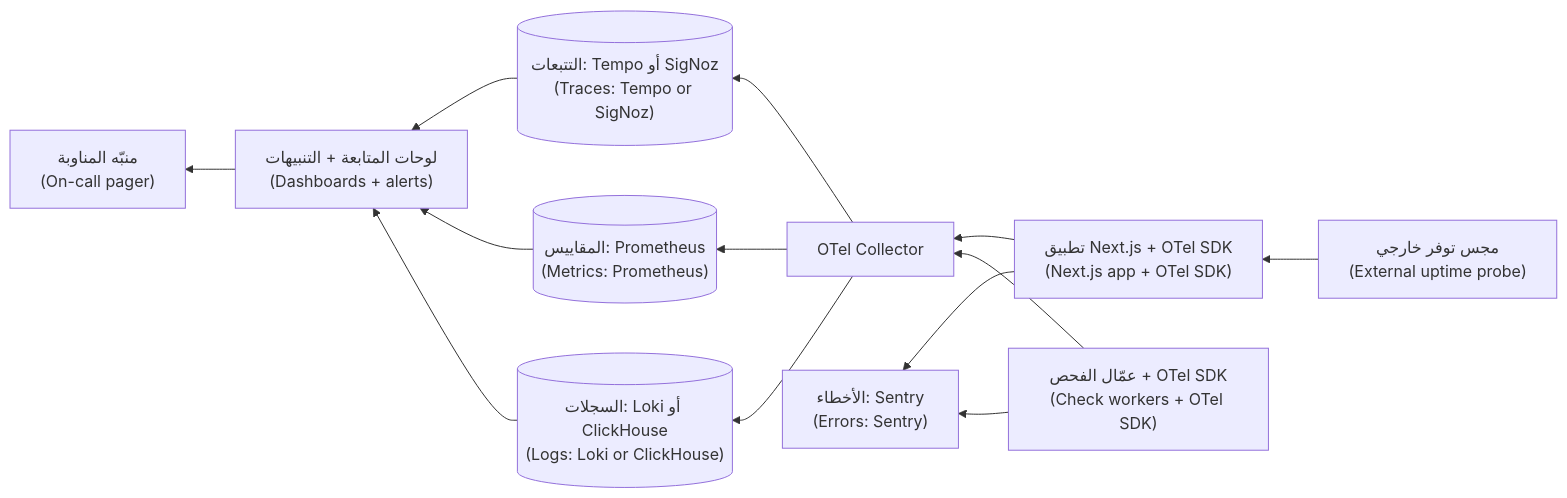
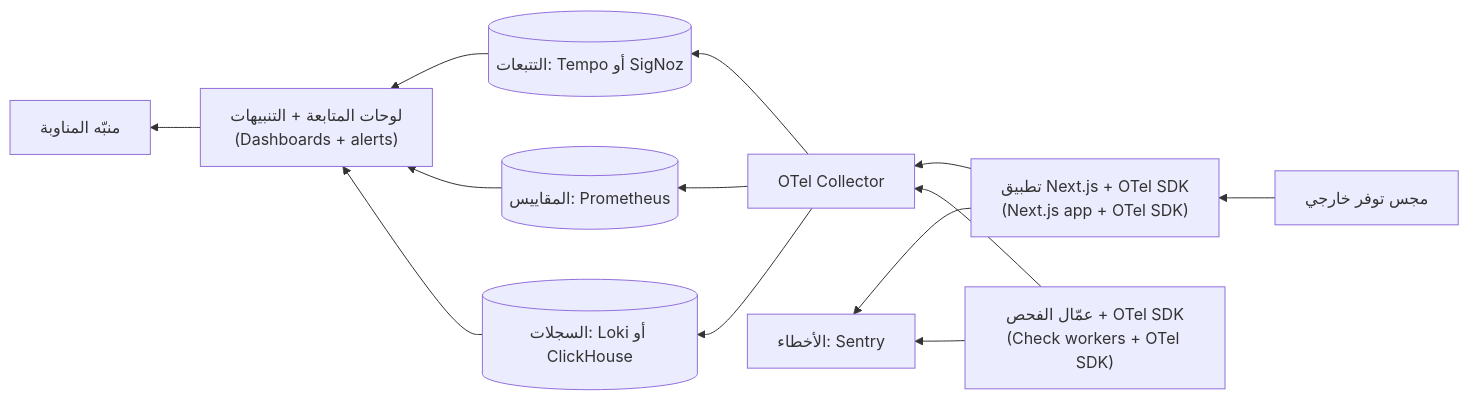
One commit to Tamoura/system-design-for-vibe-coders changed the third of 7 diagrams in saas/modules/07-operations.ar.md. Above: the diagram before and after it, drawn with Mermaid. The commit also changed other lines of this file and 551 other files, not shown here.

````diff
--- a/saas/modules/07-operations.ar.md
+++ b/saas/modules/07-operations.ar.md
@@ -366,15 +366,15 @@
 ```mermaid
 flowchart RL
   Web["تطبيق Next.js + OTel SDK<br/>(Next.js app + OTel SDK)"] --> Col["OTel Collector"]
   Worker["عمّال الفحص + OTel SDK<br/>(Check workers + OTel SDK)"] --> Col
-  Col --> Traces[("التتبعات: Tempo أو SigNoz<br/>(Traces: Tempo or SigNoz)")]
-  Col --> Metrics[("المقاييس: Prometheus<br/>(Metrics: Prometheus)")]
-  Col --> Logs[("السجلات: Loki أو ClickHouse<br/>(Logs: Loki or ClickHouse)")]
-  Web --> Sentry["الأخطاء: Sentry<br/>(Errors: Sentry)"]
+  Col --> Traces[("التتبعات: Tempo أو SigNoz")]
+  Col --> Metrics[("المقاييس: Prometheus")]
+  Col --> Logs[("السجلات: Loki أو ClickHouse")]
+  Web --> Sentry["الأخطاء: Sentry"]
   Worker --> Sentry
   Traces --> Grafana["لوحات المتابعة + التنبيهات<br/>(Dashboards + alerts)"]
   Metrics --> Grafana
   Logs --> Grafana
-  Probe["مجس توفر خارجي<br/>(External uptime probe)"] --> Web
-  Grafana --> Pager["منبّه المناوبة<br/>(On-call pager)"]
+  Probe["مجس توفر خارجي"] --> Web
+  Grafana --> Pager["منبّه المناوبة"]
 ```
````
